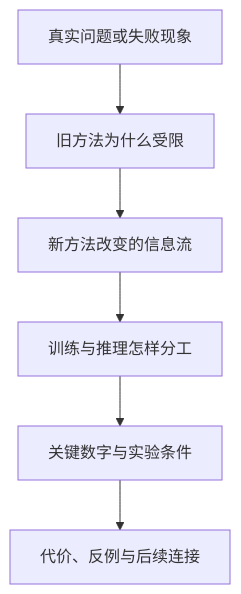
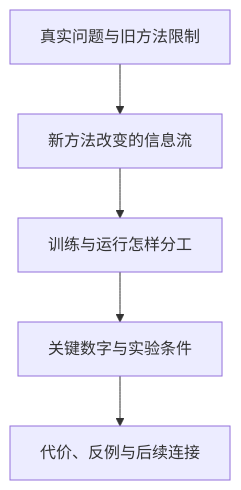
Before and after one commit to chengzhang0528/LLMTrain: the diagram in course/06-拓展知识库/论文研读/README.md, drawn with Mermaid. The commit also changed other lines of this file and 39 other files, not shown here.

````diff
--- a/course/06-拓展知识库/论文研读/README.md
+++ b/course/06-拓展知识库/论文研读/README.md
@@ -43,8 +43,7 @@
 ```mermaid
 flowchart TD
-  A[真实问题或失败现象] --> B[旧方法为什么受限]
-  B --> C[新方法改变的信息流]
-  C --> D[训练与推理怎样分工]
-  D --> E[关键数字与实验条件]
-  E --> F[代价、反例与后续连接]
+  A[真实问题与旧方法限制] --> B[新方法改变的信息流]
+  B --> C[训练与运行怎样分工]
+  C --> D[关键数字与实验条件]
+  D --> E[代价、反例与后续连接]
 ```
````
